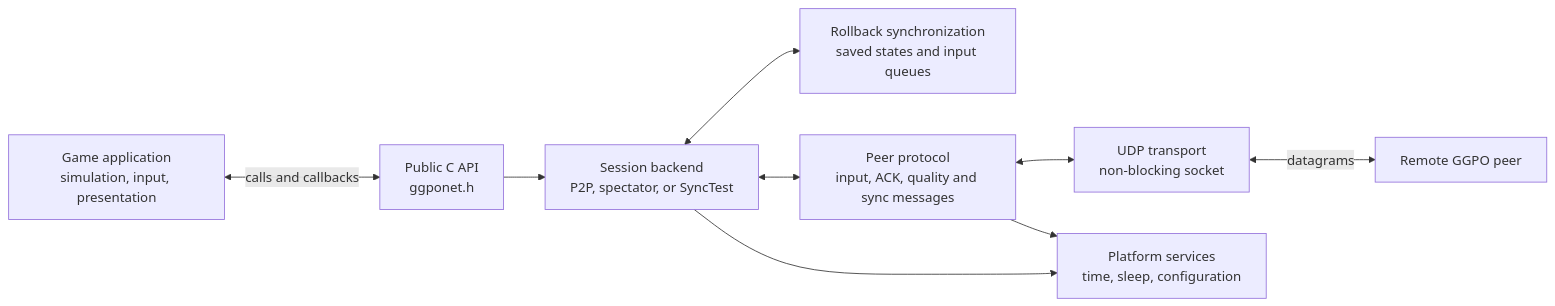
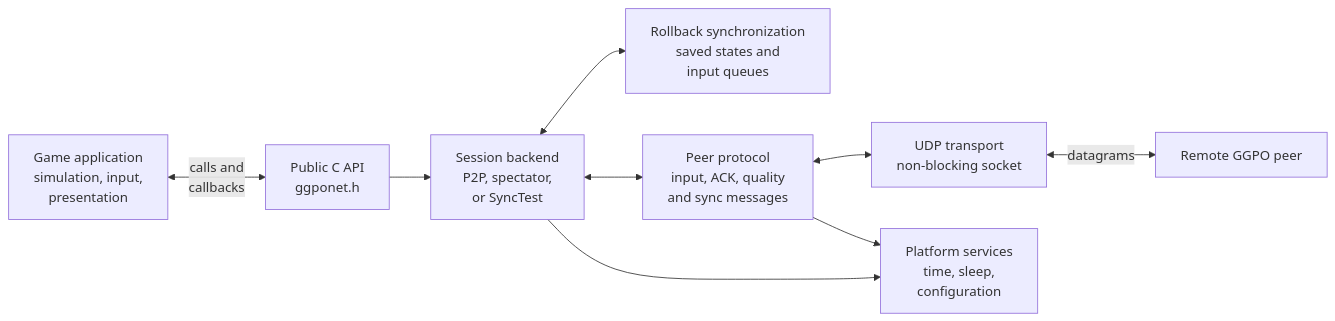
Before and after one commit to irregularthanis/ggpo-next: the first of 2 diagrams in doc/architecture/Overview.md, drawn with Mermaid. The commit also changed other lines of this file and 9 other files, not shown here.

Commit message:
docs: wrap Mermaid diagram labels

````diff
--- a/doc/architecture/Overview.md
+++ b/doc/architecture/Overview.md
@@ -39,20 +39,20 @@
 ```mermaid
 flowchart LR
-    Game["Game application<br/>simulation, input, presentation"]
+    Game["Game application<br/>simulation, input,<br/>presentation"]
     API["Public C API<br/>ggponet.h"]
-    Backend["Session backend<br/>P2P, spectator, or SyncTest"]
-    Sync["Rollback synchronization<br/>saved states and input queues"]
-    Protocol["Peer protocol<br/>input, ACK, quality and sync messages"]
+    Backend["Session backend<br/>P2P, spectator,<br/>or SyncTest"]
+    Sync["Rollback synchronization<br/>saved states and<br/>input queues"]
+    Protocol["Peer protocol<br/>input, ACK, quality<br/>and sync messages"]
     UDP["UDP transport<br/>non-blocking socket"]
     Peer["Remote GGPO peer"]
-    Platform["Platform services<br/>time, sleep, configuration"]
+    Platform["Platform services<br/>time, sleep,<br/>configuration"]
 
-    Game <-->|"calls and callbacks"| API
+    Game <-->|"calls and<br/>callbacks"| API
     API --> Backend
     Backend <--> Sync
     Backend <--> Protocol
     Protocol <--> UDP
     UDP <-->|"datagrams"| Peer
     Backend --> Platform
     Protocol --> Platform
 ```
````
